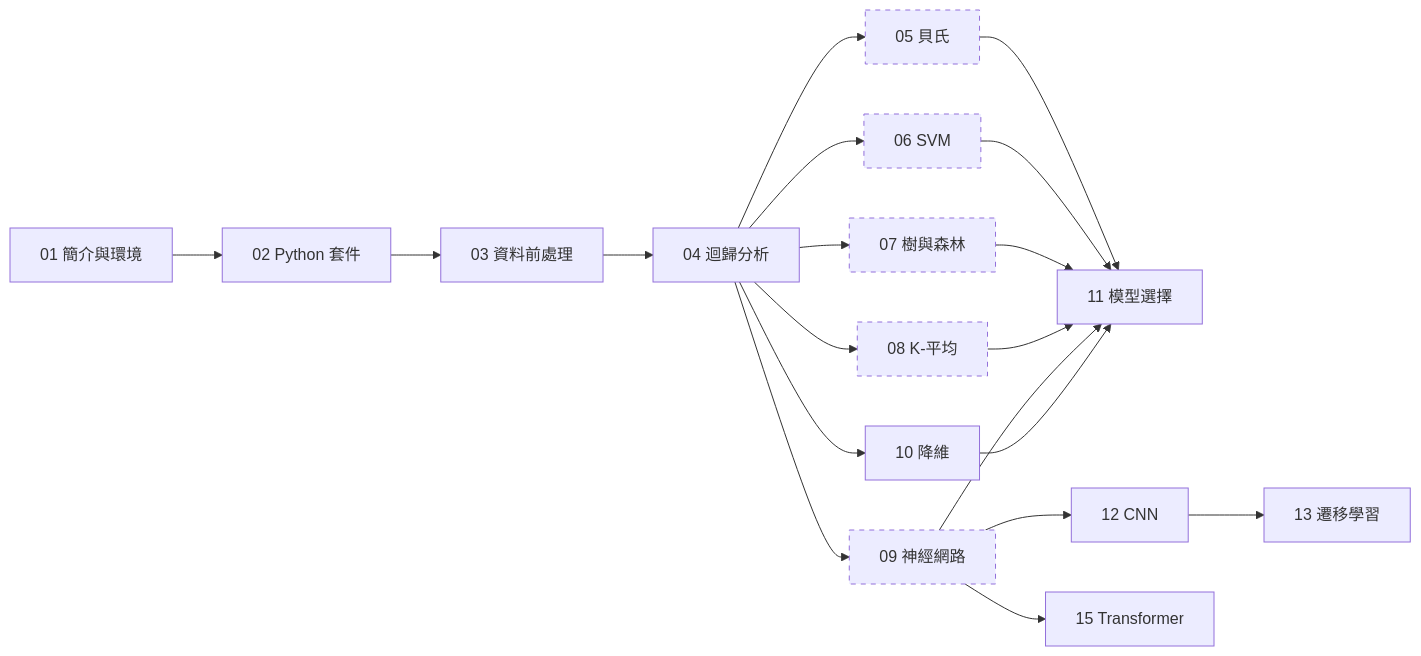
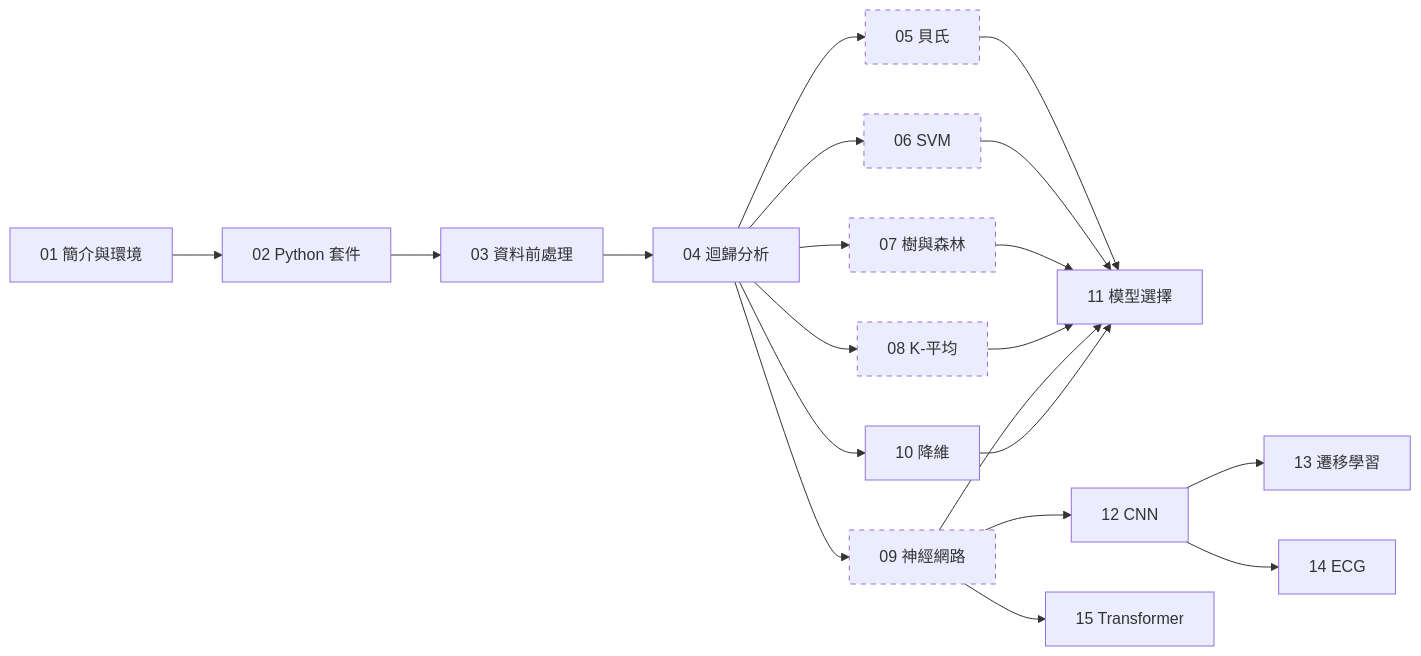
The diagram in docs/index.md (fireman333/ml-for-med-students), drawn with Mermaid before and after one commit. The commit also changed other lines of this file and 13 other files, not shown here.

````diff
--- a/docs/index.md
+++ b/docs/index.md
@@ -117,26 +123,27 @@
 ```mermaid
 flowchart LR
     A["01 簡介與環境"] --> B["02 Python 套件"]
     B --> C["03 資料前處理"]
     C --> D["04 迴歸分析"]
     D --> E["05 貝氏"]
     D --> F["06 SVM"]
     D --> G["07 樹與森林"]
     D --> H["08 K-平均"]
     D --> I["09 神經網路"]
     E --> K["11 模型選擇"]
     F --> K
     G --> K
     H --> K
     I --> K
     D --> J["10 降維"]
     J --> K
     I --> L["12 CNN"]
     L --> M["13 遷移學習"]
+    L --> O["14 ECG"]
     I --> N["15 Transformer"]
     style E stroke-dasharray: 5 5
     style F stroke-dasharray: 5 5
     style G stroke-dasharray: 5 5
     style H stroke-dasharray: 5 5
     style I stroke-dasharray: 5 5
 ```
````
